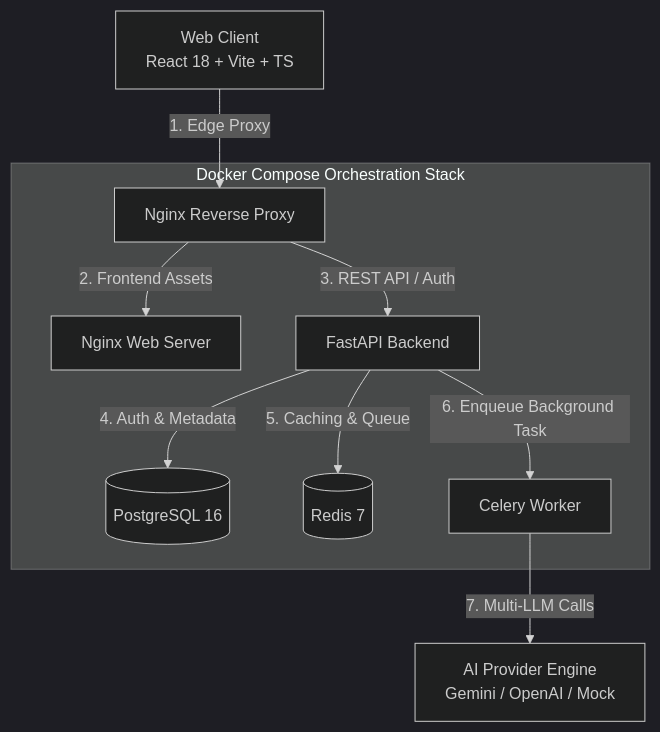
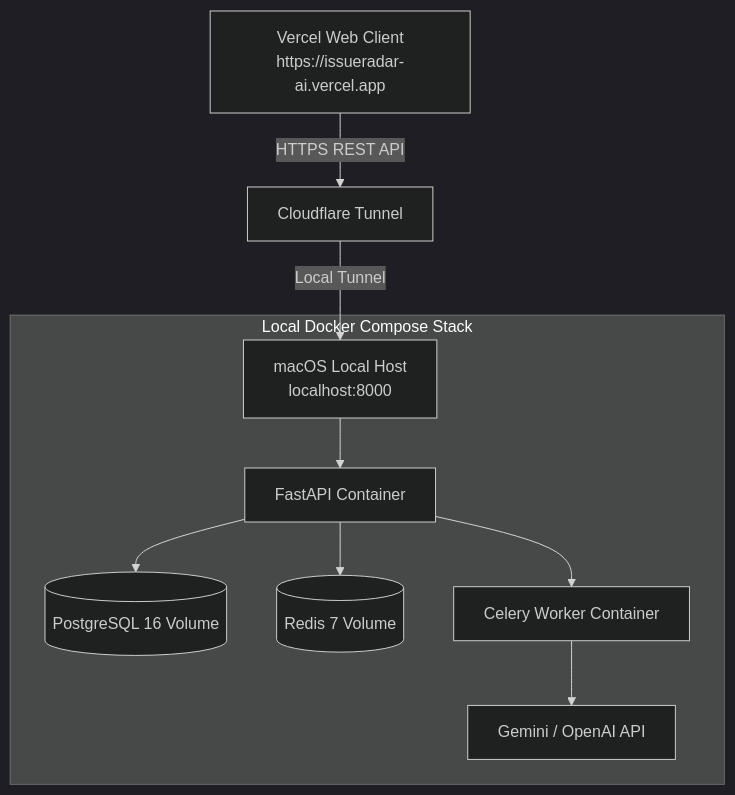
The diagram in README.md (KHARSHAVARDHAN-eng/issueRadar-AI), drawn with Mermaid (dark theme) before and after one commit. The commit also changed other lines of this file and 5 other files, not shown here.

Commit message:
build: configure hybrid local M1 Mac Docker Compose backend with Cloudflare Tunnel & helper scripts

````diff
--- a/README.md
+++ b/README.md
@@ -11,19 +15,13 @@
 ```mermaid
 graph TD
-    Client[Web Client<br/>React 18 + Vite + TS] -->|1. Edge Proxy| Nginx[Nginx Reverse Proxy]
-    Nginx -->|2. Frontend Assets| Static[Nginx Web Server]
-    Nginx -->|3. REST API / Auth| API[FastAPI Backend]
-    API -->|4. Auth & Metadata| DB[(PostgreSQL 16)]
-    API -->|5. Caching & Queue| Redis[(Redis 7)]
-    API -->|6. Enqueue Background Task| Worker[Celery Worker]
-    Worker -->|7. Multi-LLM Calls| AI[AI Provider Engine<br/>Gemini / OpenAI / Mock]
+    Client[Vercel Web Client<br/>https://issueradar-ai.vercel.app] -->|HTTPS REST API| Cloudflare[Cloudflare Tunnel]
+    Cloudflare -->|Local Tunnel| LocalHost[macOS Local Host<br/>localhost:8000]
 
-    subgraph "Docker Compose Orchestration Stack"
-        Nginx
-        Static
-        API
-        DB
-        Redis
-        Worker
+    subgraph "Local Docker Compose Stack"
+        LocalHost --> API[FastAPI Container]
+        API --> DB[(PostgreSQL 16 Volume)]
+        API --> Redis[(Redis 7 Volume)]
+        API --> Worker[Celery Worker Container]
+        Worker --> AI[Gemini / OpenAI API]
     end
 ```
````
